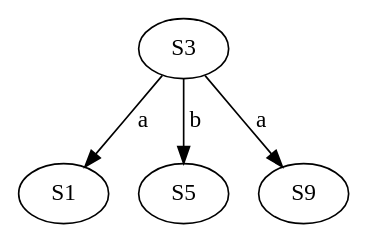
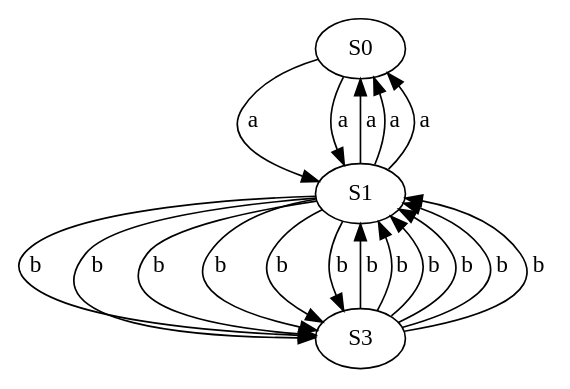
Before and after one commit to MaximeBonnet27/EGrep: the diagram in test.dot, drawn with Graphviz. The commit also changed other lines of this file and 13 other files, not shown here.

```diff
--- a/test.dot
+++ b/test.dot
@@ -1,5 +1,19 @@
 digraph automate{
-size="8,10";S3 -> S1[color=black, style=solid, label="a "];
-S3 -> S5[color=black, style=solid, label="b "];
-S3 -> S9[color=black, style=solid, label="a "];
+size="8,10";S0 -> S1[color=black, style=solid, label="a "];
+S1 -> S3[color=black, style=solid, label="b "];
+S1 -> S3[color=black, style=solid, label="b "];
+S1 -> S0[color=black, style=solid, label="a "];
+S3 -> S1[color=black, style=solid, label="b "];
+S3 -> S1[color=black, style=solid, label="b "];
+S3 -> S1[color=black, style=solid, label="b "];
+S0 -> S1[color=black, style=solid, label="a "];
+S3 -> S1[color=black, style=solid, label="b "];
+S3 -> S1[color=black, style=solid, label="b "];
+S3 -> S1[color=black, style=solid, label="b "];
+S1 -> S3[color=black, style=solid, label="b "];
+S1 -> S3[color=black, style=solid, label="b "];
+S1 -> S0[color=black, style=solid, label="a "];
+S1 -> S3[color=black, style=solid, label="b "];
+S1 -> S3[color=black, style=solid, label="b "];
+S1 -> S0[color=black, style=solid, label="a "];
 }
```
